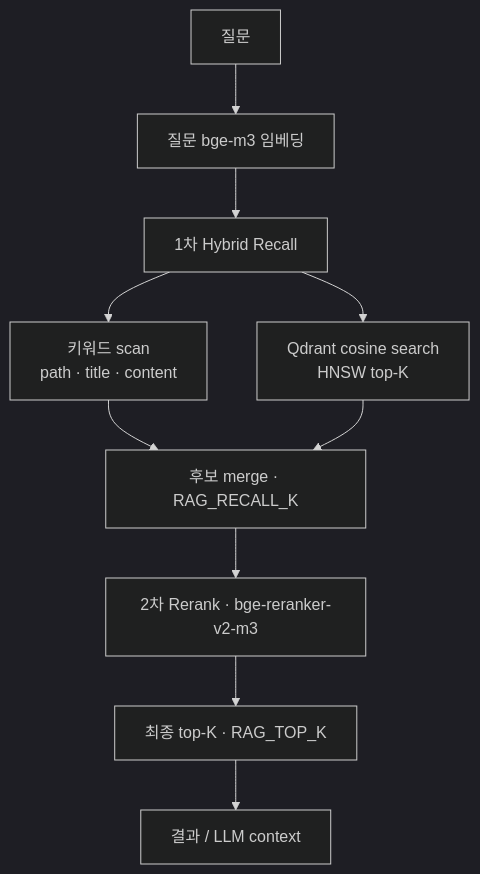
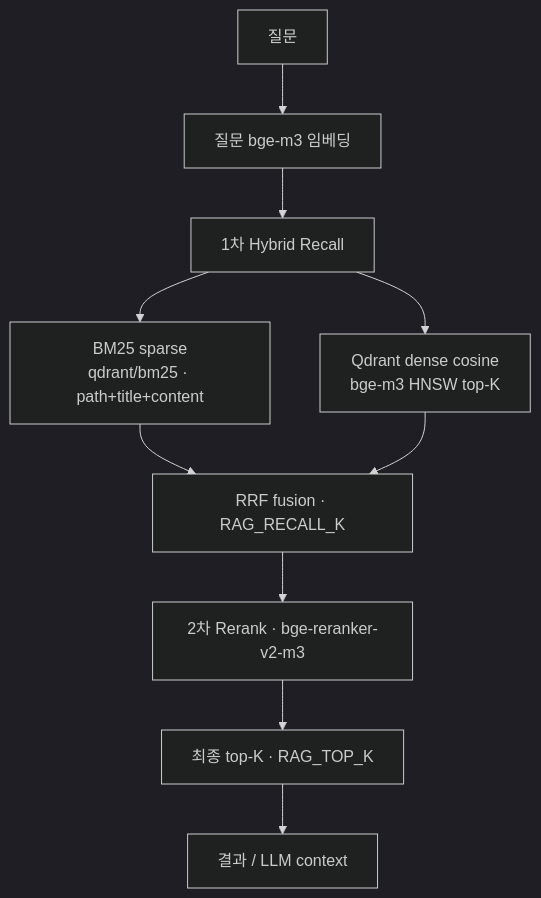
The second of 4 diagrams in README.md (LEEHEEWON123/obsidian_chat_bot), drawn with Mermaid (dark theme) before and after one commit. The commit also changed other lines of this file and 7 other files, not shown here.

First line of the commit message:
Add Qdrant BM25 sparse hybrid search with RRF fusion.

````diff
--- a/README.md
+++ b/README.md
@@ -61,15 +61,14 @@
 ```mermaid
 flowchart TD
   Q[질문] --> E[질문 bge-m3 임베딩]
   E --> H[1차 Hybrid Recall]
 
-  H --> K[키워드 scan<br/>path · title · content]
-  H --> S[Qdrant cosine search<br/>HNSW top-K]
+  H --> K[BM25 sparse<br/>qdrant/bm25 · path+title+content]
+  H --> S[Qdrant dense cosine<br/>bge-m3 HNSW top-K]
+  K --> F[RRF fusion · RAG_RECALL_K]
+  S --> F
 
-  K --> M[후보 merge · RAG_RECALL_K]
-  S --> M
-
-  M --> R[2차 Rerank · bge-reranker-v2-m3]
+  F --> R[2차 Rerank · bge-reranker-v2-m3]
   R --> T[최종 top-K · RAG_TOP_K]
   T --> OUT[결과 / LLM context]
 ```
````
